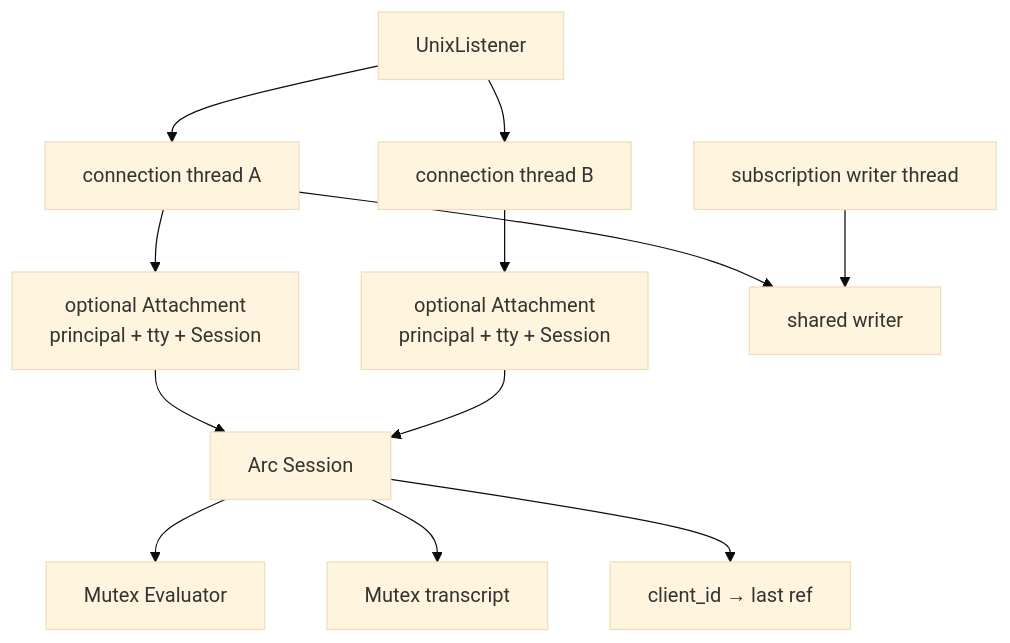
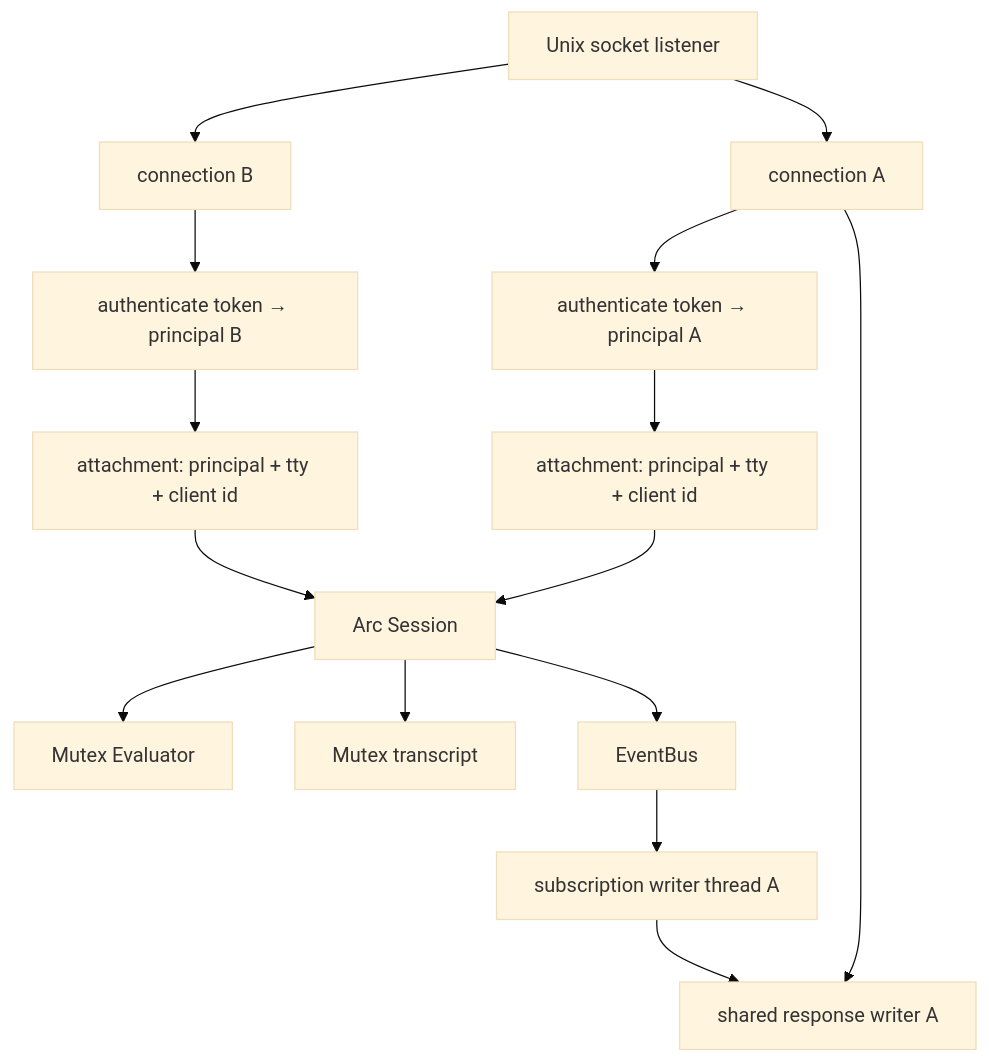
Before and after one commit to alliecatowo/shoal: the first of 5 diagrams in site/content/internals/kernel-protocol.md, drawn with Mermaid (base theme). The commit also changed other lines of this file and 70 other files, not shown here.

Commit message:
docs: refine manual and architecture visuals

````diff
--- a/site/content/internals/kernel-protocol.md
+++ b/site/content/internals/kernel-protocol.md
@@ -26,14 +26,19 @@
 ```mermaid
 flowchart TB
-  Listener["UnixListener"] --> ConnA["connection thread A"]
-  Listener --> ConnB["connection thread B"]
-  ConnA --> AttachA["optional Attachment\nprincipal + tty + Session"]
-  ConnB --> AttachB["optional Attachment\nprincipal + tty + Session"]
+accTitle: Connection, authentication, attachment, and session topology
+accDescr: Each socket connection authenticates a principal, attaches client-local state to a shared session, and uses a dedicated writer path for responses and subscriptions.
+  Listener["Unix socket listener"] --> ConnA["connection A"]
+  Listener --> ConnB["connection B"]
+  ConnA --> AuthA["authenticate token → principal A"]
+  ConnB --> AuthB["authenticate token → principal B"]
+  AuthA --> AttachA["attachment: principal + tty + client id"]
+  AuthB --> AttachB["attachment: principal + tty + client id"]
   AttachA --> Session["Arc Session"]
   AttachB --> Session
   Session --> Eval["Mutex Evaluator"]
   Session --> Transcript["Mutex transcript"]
-  Session --> ClientIt["client_id → last ref"]
-  ConnA --> WriterA["shared writer"]
-  SubA["subscription writer thread"] --> WriterA
+  Session --> Bus["EventBus"]
+  ConnA --> WriterA["shared response writer A"]
+  Bus --> SubA["subscription writer thread A"]
+  SubA --> WriterA
 ```
````
